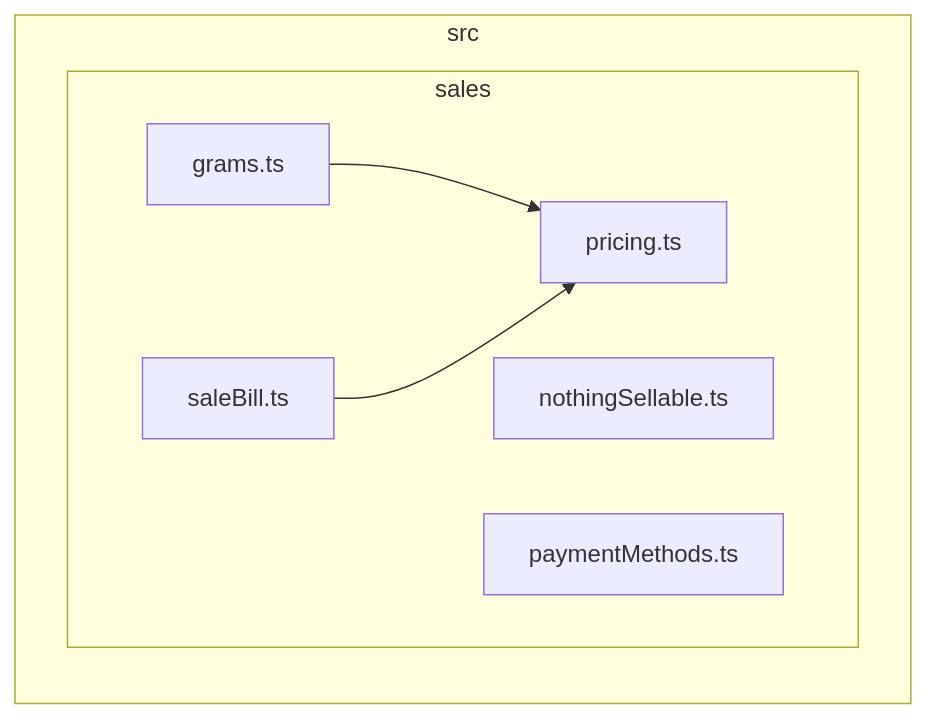
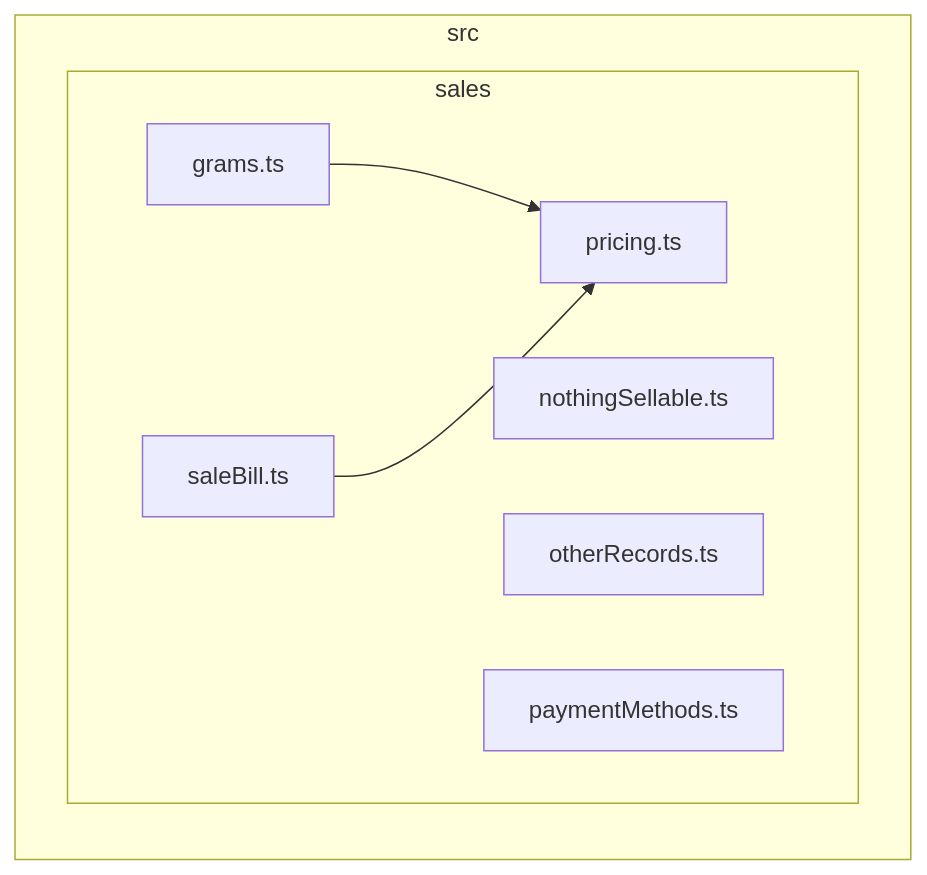
The diagram in docs/architecture/generated/front-modules/sales.md (GonzaloZevallos/apostrophe), drawn with Mermaid before and after one commit.

Commit message:
chore(docs): regenerate [skip ci]

````diff
--- a/docs/architecture/generated/front-modules/sales.md
+++ b/docs/architecture/generated/front-modules/sales.md
@@ -7,14 +7,15 @@
 ```mermaid
 flowchart LR
 subgraph src["src"]
   subgraph src_sales["sales"]
     src_sales_grams_ts["grams.ts"]
     src_sales_nothingSellable_ts["nothingSellable.ts"]
+    src_sales_otherRecords_ts["otherRecords.ts"]
     src_sales_paymentMethods_ts["paymentMethods.ts"]
     src_sales_pricing_ts["pricing.ts"]
     src_sales_saleBill_ts["saleBill.ts"]
   end
 end
 src_sales_grams_ts-->src_sales_pricing_ts
 src_sales_saleBill_ts-->src_sales_pricing_ts
 ```
````
